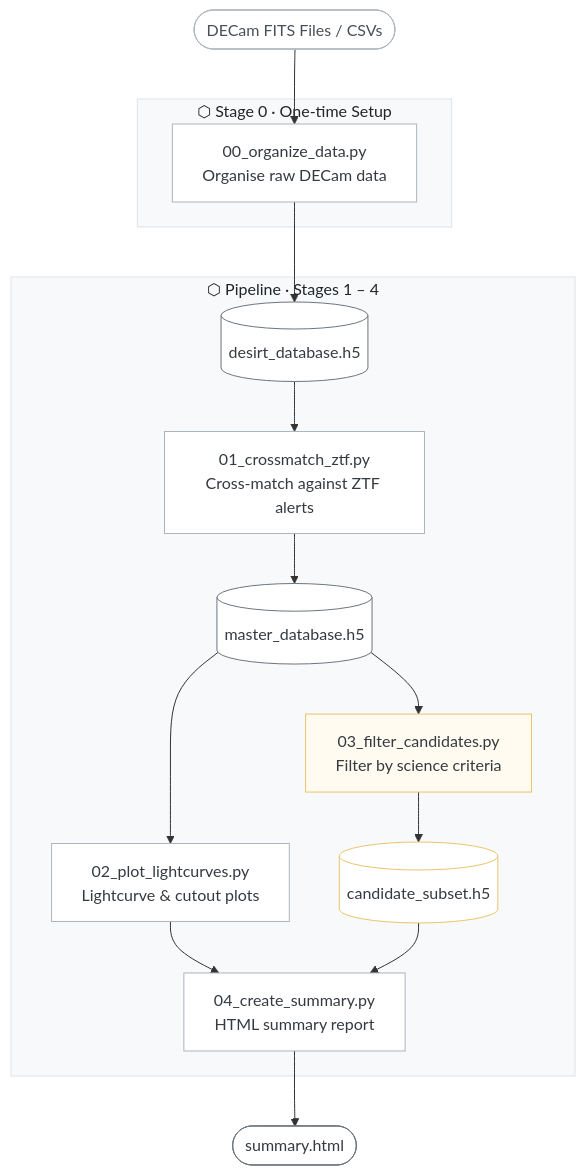
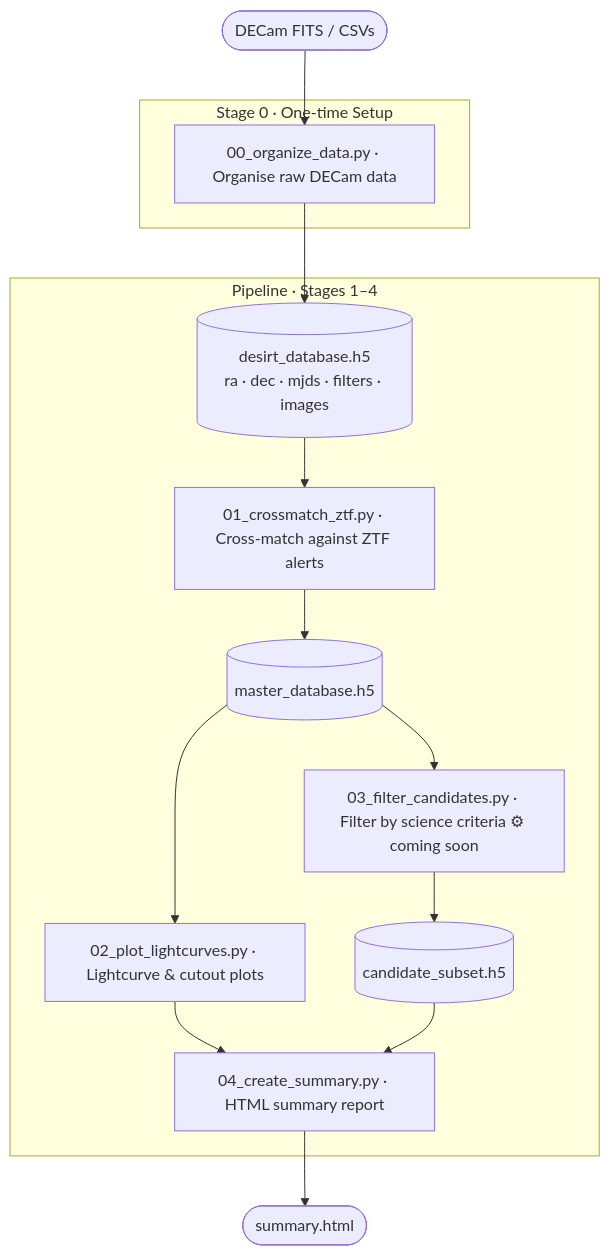
The diagram in README.md (anirudhsalgundi/desirt_lightcurves), drawn with Mermaid before and after one commit.

Commit message:
Refactor flowchart in README.md for improved clarity and consistency in stage descriptions

````diff
--- a/README.md
+++ b/README.md
@@ -1,35 +1,21 @@
 ```mermaid
 flowchart TD
-    A([DECam FITS Files / CSVs]) --> B
+    A([DECam FITS / CSVs]) --> B
 
-    subgraph SETUP ["⬡  Stage 0 · One-time Setup"]
-        B["00_organize_data.py\nOrganise raw DECam data"]
+    subgraph S0 ["  Stage 0 · One-time Setup  "]
+        B["00_organize_data.py · Organise raw DECam data"]
     end
 
-    B --> C[(desirt_database.h5)]
+    B --> C[("desirt_database.h5\nra · dec · mjds · filters · images")]
 
-    subgraph PIPELINE ["⬡  Pipeline · Stages 1 – 4"]
-        C --> D["01_crossmatch_ztf.py\nCross-match against ZTF alerts"]
-        D --> E[(master_database.h5)]
-        E --> F["02_plot_lightcurves.py\nLightcurve & cutout plots"]
-        E --> G["03_filter_candidates.py\nFilter by science criteria"]
-        G --> H[(candidate_subset.h5)]
-        F --> I["04_create_summary.py\nHTML summary report"]
-        H --> I
+    subgraph S1 ["  Pipeline · Stages 1–4  "]
+        C --> D["01_crossmatch_ztf.py · Cross-match against ZTF alerts"]
+        D --> E[("master_database.h5")]
+        E --> F["02_plot_lightcurves.py · Lightcurve & cutout plots"]
+        E --> G["03_filter_candidates.py · Filter by science criteria ⚙ coming soon"]
+        G --> H[("candidate_subset.h5")]
+        F & H --> I["04_create_summary.py · HTML summary report"]
     end
 
     I --> J([summary.html])
-
-    style SETUP fill:#f8f9fa,stroke:#dee2e6,color:#212529
-    style PIPELINE fill:#f8f9fa,stroke:#dee2e6,color:#212529
-    style A fill:#fff,stroke:#adb5bd,color:#495057
-    style B fill:#fff,stroke:#adb5bd,color:#343a40
-    style C fill:#fff,stroke:#6c757d,color:#343a40
-    style D fill:#fff,stroke:#adb5bd,color:#343a40
-    style E fill:#fff,stroke:#6c757d,color:#343a40
-    style F fill:#fff,stroke:#adb5bd,color:#343a40
-    style G fill:#fffbf0,stroke:#e9c46a,color:#343a40
-    style H fill:#fff,stroke:#e9c46a,color:#343a40
-    style I fill:#fff,stroke:#adb5bd,color:#343a40
-    style J fill:#fff,stroke:#6c757d,color:#343a40
 ```
````
